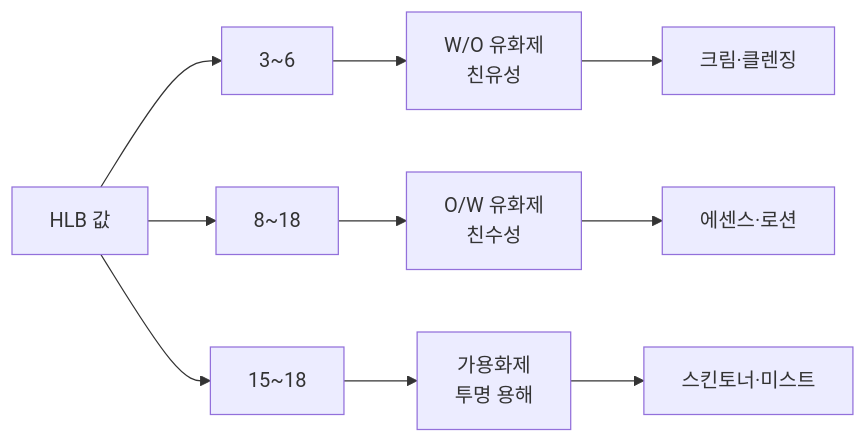
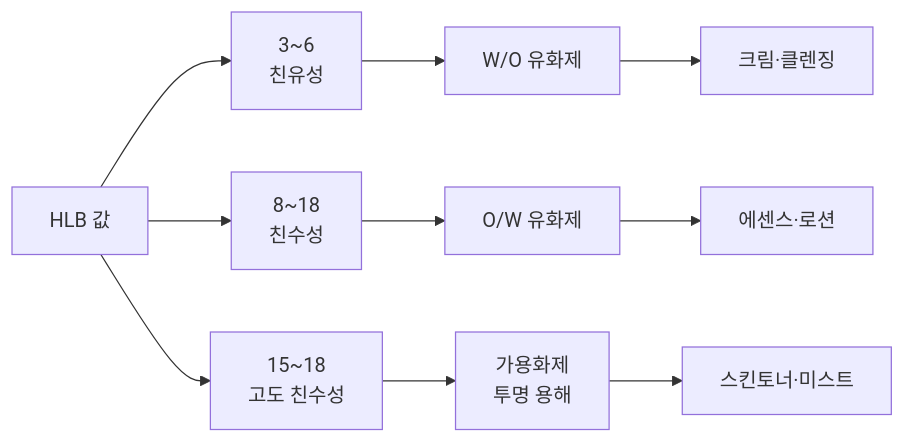
Before and after one commit to skygoldlee-cyber/Personalized_Skincare: the second of 5 diagrams in content/참조자료/과목2/2과목_Ch01_원료_핵심암기.md, drawn with Mermaid. The commit also changed other lines of this file and 8 other files, not shown here.

````diff
--- a/content/참조자료/과목2/2과목_Ch01_원료_핵심암기.md
+++ b/content/참조자료/과목2/2과목_Ch01_원료_핵심암기.md
@@ -82,12 +89,12 @@
 ```mermaid
 flowchart LR
-  A[HLB 값] --> B[3~6]
-  A --> C[8~18]
-  A --> D[15~18]
-  B --> B1[W/O 유화제<br/>친유성]
-  C --> C1[O/W 유화제<br/>친수성]
+  A[HLB 값] --> B["3~6<br/>친유성"]
+  A --> C["8~18<br/>친수성"]
+  A --> D["15~18<br/>고도 친수성"]
+  B --> B1[W/O 유화제]
+  C --> C1[O/W 유화제]
   D --> D1[가용화제<br/>투명 용해]
   B1 --> E[크림·클렌징]
   C1 --> F[에센스·로션]
   D1 --> G[스킨토너·미스트]
 ```
````
